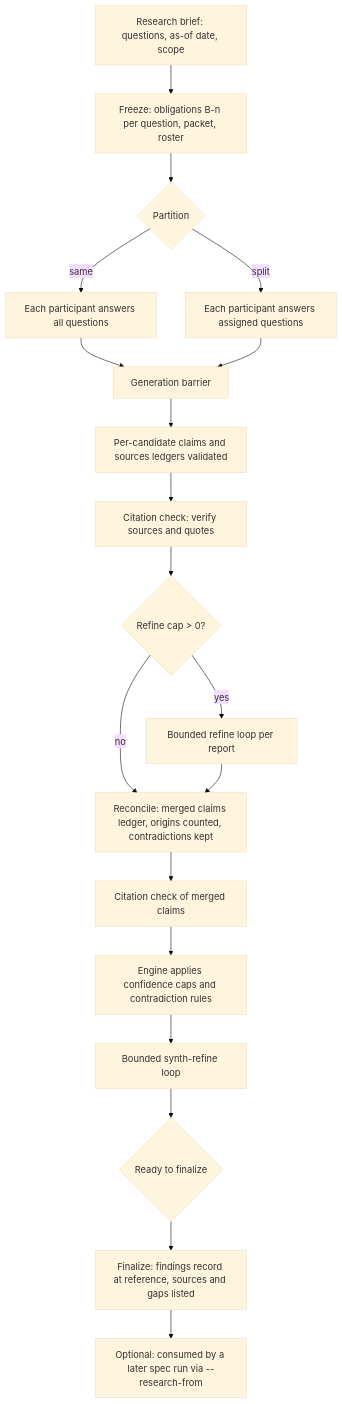
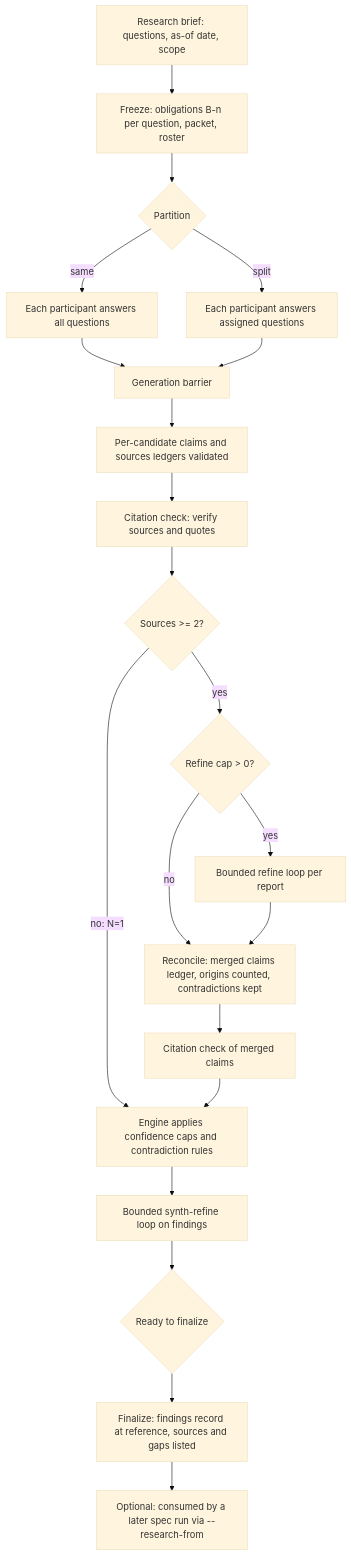
Before and after one commit to fariello/agent-workflows: the third of 4 diagrams in .aw/records/specs/draft/20261024-specflow-03-yfz5u9-spec-research-synthesis.spec.md, drawn with Mermaid (base theme). The commit also changed other lines of this file and 1 other file, not shown here.

````diff
--- a/.aw/records/specs/draft/20261024-specflow-03-yfz5u9-spec-research-synthesis.spec.md
+++ b/.aw/records/specs/draft/20261024-specflow-03-yfz5u9-spec-research-synthesis.spec.md
@@ -1181,21 +1186,23 @@
 ```mermaid
 flowchart TD
     Q[Research brief: questions, as-of date, scope] --> F[Freeze: obligations B-n per question, packet, roster]
     F --> P{Partition}
     P -- same --> G1[Each participant answers all questions]
     P -- split --> G2[Each participant answers assigned questions]
     G1 --> B[Generation barrier]
     G2 --> B
     B --> CL[Per-candidate claims and sources ledgers validated]
     CL --> CC1[Citation check: verify sources and quotes]
-    CC1 --> R{Refine cap > 0?}
+    CC1 --> N{Sources >= 2?}
+    N -- "no: N=1" --> CF
+    N -- "yes" --> R{Refine cap > 0?}
     R -- yes --> RL[Bounded refine loop per report]
     R -- no --> S
     RL --> S[Reconcile: merged claims ledger, origins counted, contradictions kept]
     S --> CC2[Citation check of merged claims]
     CC2 --> CF[Engine applies confidence caps and contradiction rules]
-    CF --> SR[Bounded synth-refine loop]
+    CF --> SR[Bounded synth-refine loop on findings]
     SR --> D{Ready to finalize}
     D --> FIN[Finalize: findings record at reference, sources and gaps listed]
     FIN --> OUT[Optional: consumed by a later spec run via --research-from]
 ```
````
